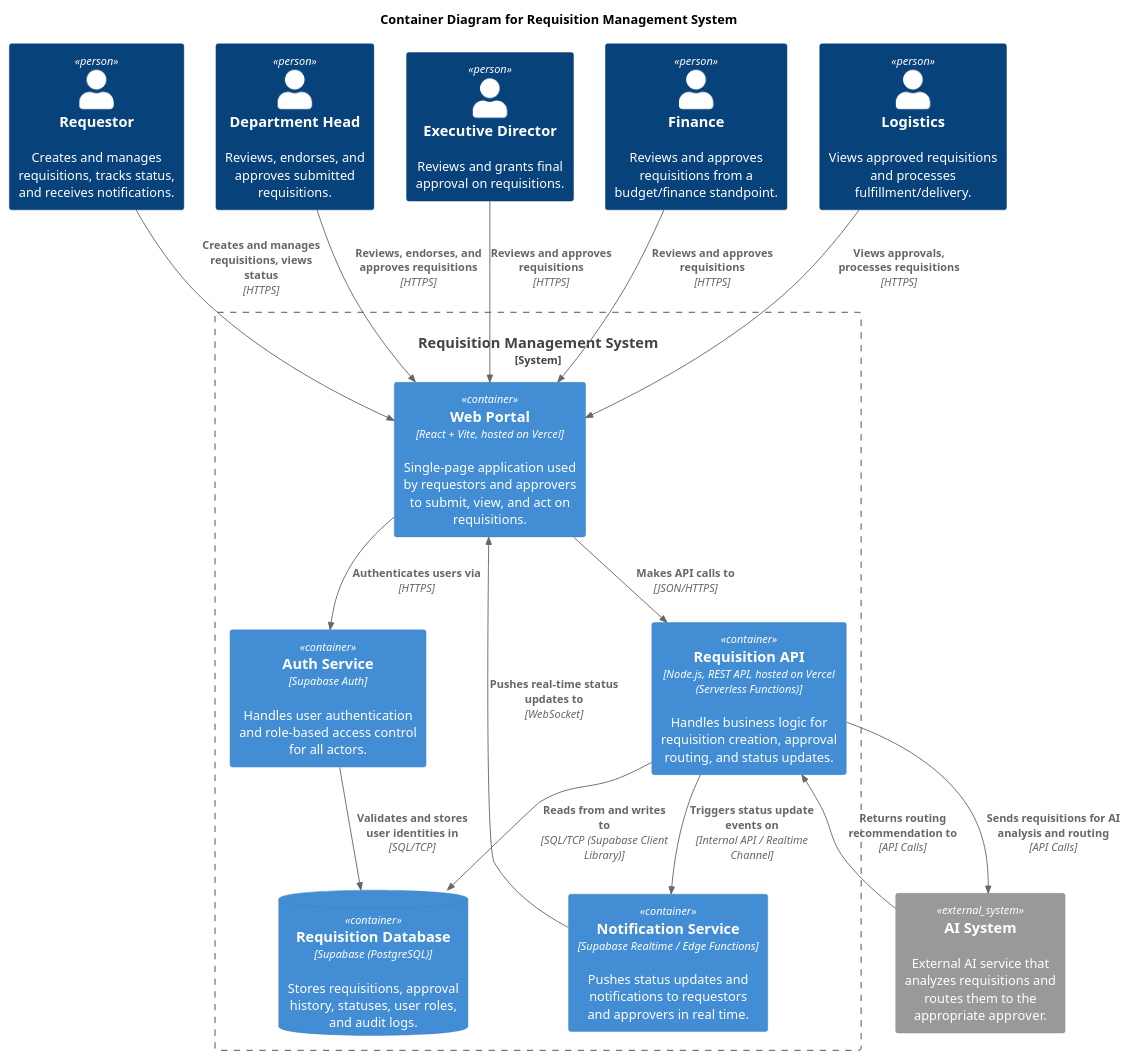
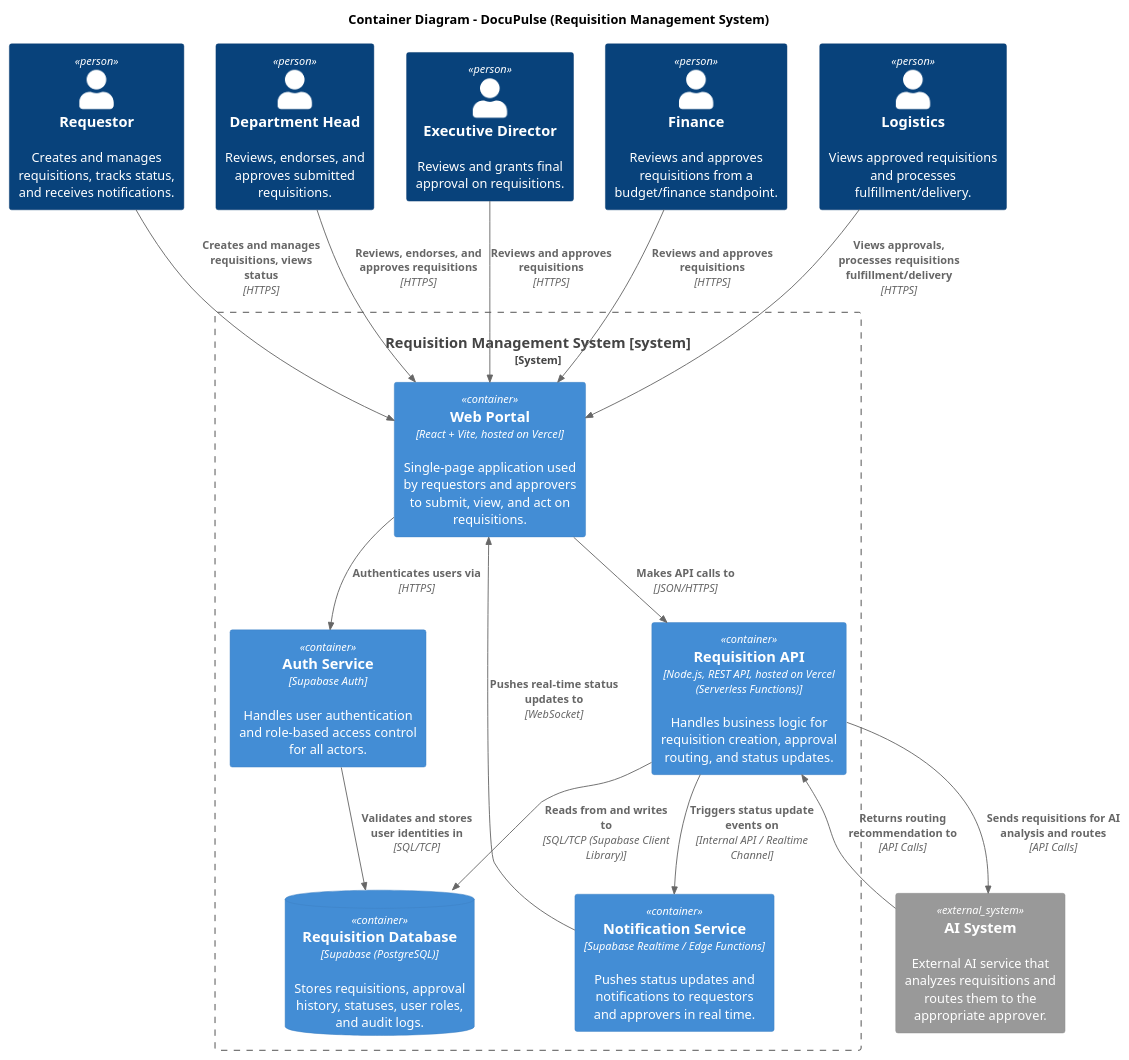
One commit to APC-SoCIT/APC-2026-2027-T1-IT241-Grp5-DocuPulse-An-AI-Assisted-Phygital-Document-Tracking-System changed the diagram in docs/MSYADD1/DocuPulsecontainerdiagram.puml. Above: the diagram before and after it, drawn with PlantUML. The commit also changed 2 other files, not shown here.

Commit message:
updated the c4 diagrams

```diff
--- a/docs/MSYADD1/DocuPulsecontainerdiagram.puml
+++ b/docs/MSYADD1/DocuPulsecontainerdiagram.puml
@@ -1,52 +1,38 @@
-@startuml RequisitionSystemContainer
+@startuml
 !include https://raw.githubusercontent.com/plantuml-stdlib/C4-PlantUML/master/C4_Container.puml
 
-' Diagram Title
-title Container Diagram for Requisition Management System
+skinparam packageStyle rectangle
+title Container Diagram - DocuPulse (Requisition Management System)
 
-' ACTORS / PERSONS
 Person(requestor, "Requestor", "Creates and manages requisitions, tracks status, and receives notifications.")
-Person(dept_head, "Department Head", "Reviews, endorses, and approves submitted requisitions.")
-Person(exec_director, "Executive Director", "Reviews and grants final approval on requisitions.")
+Person(department_head, "Department Head", "Reviews, endorses, and approves submitted requisitions.")
+Person(executive_director, "Executive Director", "Reviews and grants final approval on requisitions.")
 Person(finance, "Finance", "Reviews and approves requisitions from a budget/finance standpoint.")
 Person(logistics, "Logistics", "Views approved requisitions and processes fulfillment/delivery.")
 
-' EXTERNAL SYSTEM
+System_Boundary(c_ecosystem, "Requisition Management System [system]") {
+    Container(web_app, "Web Portal", "React + Vite, hosted on Vercel", "Single-page application used by requestors and approvers to submit, view, and act on requisitions.")
+    Container(auth_svc, "Auth Service", "Supabase Auth", "Handles user authentication and role-based access control for all actors.")
+    Container(requisition_api, "Requisition API", "Node.js, REST API, hosted on Vercel (Serverless Functions)", "Handles business logic for requisition creation, approval routing, and status updates.")
+    ContainerDb(db, "Requisition Database", "Supabase (PostgreSQL)", "Stores requisitions, approval history, statuses, user roles, and audit logs.")
+    Container(notification_svc, "Notification Service", "Supabase Realtime / Edge Functions", "Pushes status updates and notifications to requestors and approvers in real time.")
+}
+
 System_Ext(ai_system, "AI System", "External AI service that analyzes requisitions and routes them to the appropriate approver.")
 
-System_Boundary(requisition_system, "Requisition Management System") {
+Rel(requestor, web_app, "Creates and manages requisitions, views status", "HTTPS")
+Rel(department_head, web_app, "Reviews, endorses, and approves requisitions", "HTTPS")
+Rel(executive_director, web_app, "Reviews and approves requisitions", "HTTPS")
+Rel(finance, web_app, "Reviews and approves requisitions", "HTTPS")
+Rel(logistics, web_app, "Views approvals, processes requisitions fulfillment/delivery", "HTTPS")
 
-    Container(web_app, "Web Portal", "React + Vite, hosted on Vercel", "Single-page application used by requestors and approvers to submit, view, and act on requisitions.")
-
-    Container(api_app, "Requisition API", "Node.js, REST API, hosted on Vercel (Serverless Functions)", "Handles business logic for requisition creation, approval routing, and status updates.")
-
-    ContainerDb(database, "Requisition Database", "Supabase (PostgreSQL)", "Stores requisitions, approval history, statuses, user roles, and audit logs.")
-
-    Container(auth_service, "Auth Service", "Supabase Auth", "Handles user authentication and role-based access control for all actors.")
-
-    Container(notification_service, "Notification Service", "Supabase Realtime / Edge Functions", "Pushes status updates and notifications to requestors and approvers in real time.")
-
-}
-
-' INTERACTIONS & RELATIONSHIPS
-
-' User Interactions
-Rel(requestor, web_app, "Creates and manages requisitions, views status", "HTTPS")
-Rel(dept_head, web_app, "Reviews, endorses, and approves requisitions", "HTTPS")
-Rel(exec_director, web_app, "Reviews and approves requisitions", "HTTPS")
-Rel(finance, web_app, "Reviews and approves requisitions", "HTTPS")
-Rel(logistics, web_app, "Views approvals, processes requisitions", "HTTPS")
-
-' Internal Container Interactions
-Rel(web_app, api_app, "Makes API calls to", "JSON/HTTPS")
-Rel(web_app, auth_service, "Authenticates users via", "HTTPS")
-Rel(api_app, database, "Reads from and writes to", "SQL/TCP (Supabase Client Library)")
-Rel(api_app, notification_service, "Triggers status update events on", "Internal API / Realtime Channel")
-Rel(notification_service, web_app, "Pushes real-time status updates to", "WebSocket")
-Rel(auth_service, database, "Validates and stores user identities in", "SQL/TCP")
-
-' External System Interaction
-Rel(api_app, ai_system, "Sends requisitions for AI analysis and routing", "API Calls")
-Rel(ai_system, api_app, "Returns routing recommendation to", "API Calls")
+Rel(web_app, auth_svc, "Authenticates users via", "HTTPS")
+Rel(web_app, requisition_api, "Makes API calls to", "JSON/HTTPS")
+Rel(auth_svc, db, "Validates and stores user identities in", "SQL/TCP")
+Rel(requisition_api, db, "Reads from and writes to", "SQL/TCP (Supabase Client Library)")
+Rel(requisition_api, notification_svc, "Triggers status update events on", "Internal API / Realtime Channel")
+Rel(requisition_api, ai_system, "Sends requisitions for AI analysis and routes", "API Calls")
+Rel(ai_system, requisition_api, "Returns routing recommendation to", "API Calls")
+Rel(notification_svc, web_app, "Pushes real-time status updates to", "WebSocket")
 
 @enduml
```
